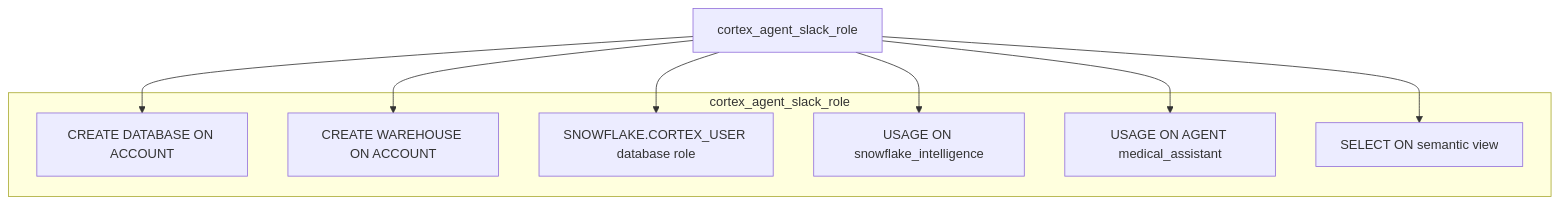
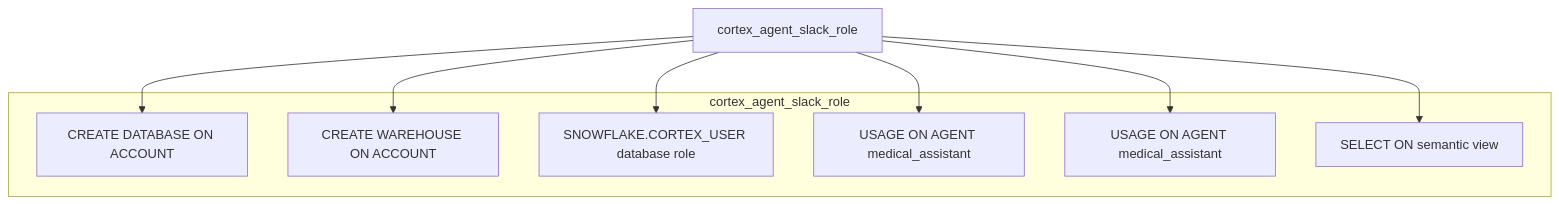
Before and after one commit to sfc-gh-miwhitaker/slack-bot: the fourth of 4 diagrams in diagrams/auth-flow.md, drawn with Mermaid. The commit also changed 7 other files, not shown here.

First line of the commit message:
refactor: move agent to SNOWFLAKE_EXAMPLE, add diagrams, cleanup

````diff
--- a/diagrams/auth-flow.md
+++ b/diagrams/auth-flow.md
@@ -88,18 +88,18 @@
 ```mermaid
 flowchart TD
     subgraph cortex_agent_slack_role
         P1[CREATE DATABASE ON ACCOUNT]
         P2[CREATE WAREHOUSE ON ACCOUNT]
         P3[SNOWFLAKE.CORTEX_USER database role]
-        P4[USAGE ON snowflake_intelligence]
+        P4[USAGE ON AGENT medical_assistant]
         P5[USAGE ON AGENT medical_assistant]
         P6[SELECT ON semantic view]
     end
 
     ROLE[cortex_agent_slack_role] --> P1
     ROLE --> P2
     ROLE --> P3
     ROLE --> P4
     ROLE --> P5
     ROLE --> P6
 ```
````
